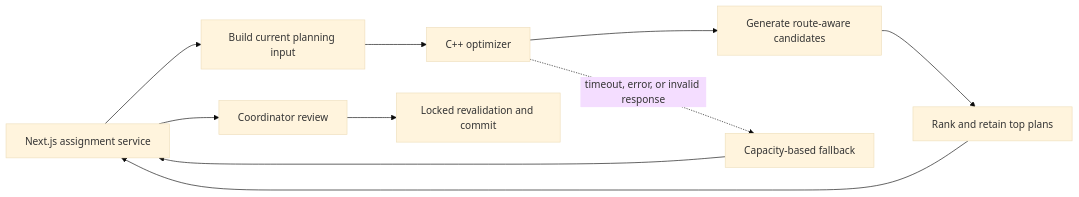
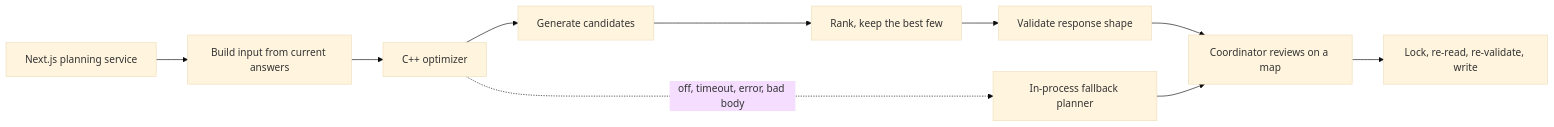
The diagram in docs/optimization-service.md (x8n-0/ridesmart-technical-case-study), drawn with Mermaid (base theme) before and after one commit. The commit also changed other lines of this file and 6 other files, not shown here.

````diff
--- a/docs/optimization-service.md
+++ b/docs/optimization-service.md
@@ -31,21 +27,16 @@
 ```mermaid
 flowchart LR
-    API[Next.js assignment service]
-    MAP[Build current planning input]
+    API[Next.js planning service]
+    IN[Build input from current answers]
     CPP[C++ optimizer]
-    CAND[Generate route-aware candidates]
-    RANK[Rank and retain top plans]
-    FALLBACK[Capacity-based fallback]
-    REVIEW[Coordinator review]
-    COMMIT[Locked revalidation and commit]
+    GEN[Generate candidates]
+    RANK[Rank, keep the best few]
+    VAL[Validate response shape]
+    FB[In-process fallback planner]
+    UI[Coordinator reviews on a map]
+    COMMIT[Lock, re-read, re-validate, write]
 
-    API --> MAP
-    MAP --> CPP
-    CPP --> CAND
-    CAND --> RANK
-    RANK --> API
-    CPP -. timeout, error, or invalid response .-> FALLBACK
-    FALLBACK --> API
-    API --> REVIEW
-    REVIEW --> COMMIT
+    API --> IN --> CPP --> GEN --> RANK --> VAL --> UI
+    CPP -. off, timeout, error, bad body .-> FB --> UI
+    UI --> COMMIT
 ```
````
